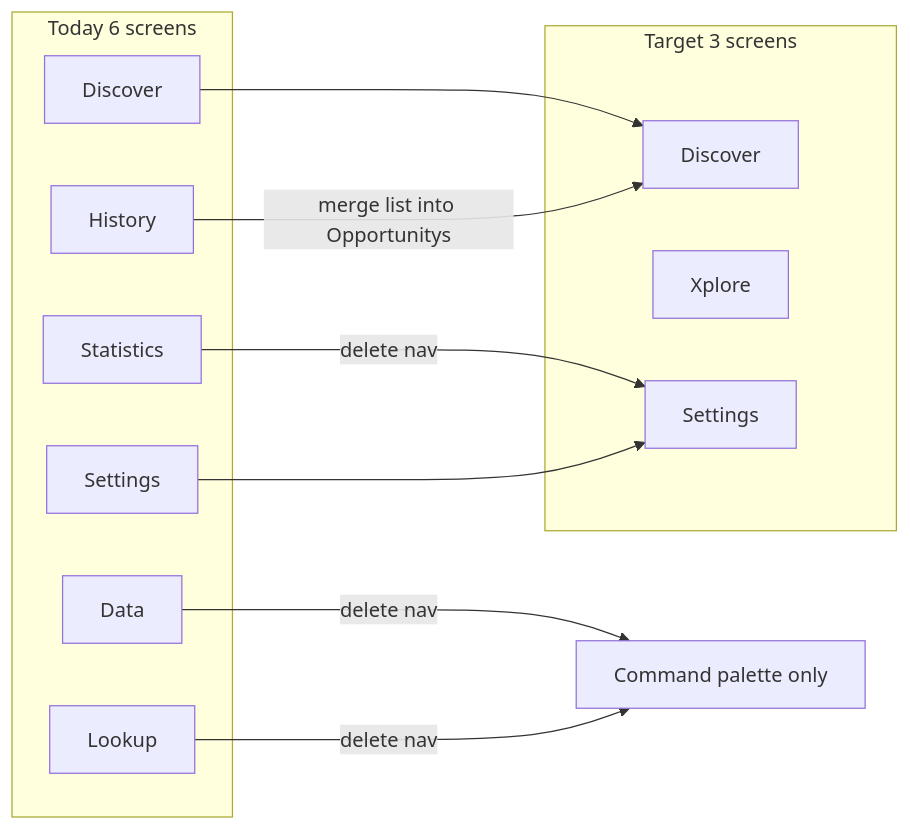
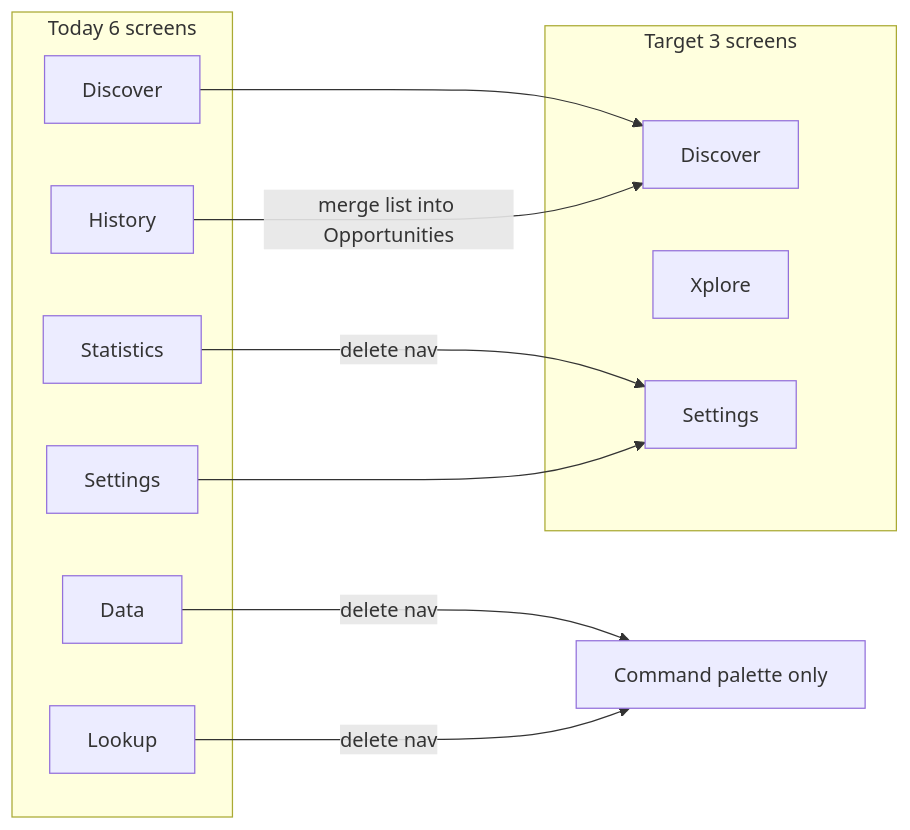
The seventh of 13 diagrams in reports/single-pr-intuitive-product.md (p10ns11y/collab-finder), drawn with Mermaid before and after one commit. The commit also changed other lines of this file and 11 other files, not shown here.

````diff
--- a/reports/single-pr-intuitive-product.md
+++ b/reports/single-pr-intuitive-product.md
@@ -234,22 +234,22 @@
 ```mermaid
 flowchart LR
   subgraph before["Today 6 screens"]
     b1[Discover]
     b2[Statistics]
     b3[History]
     b4[Data]
     b5[Lookup]
     b6[Settings]
   end
   subgraph after["Target 3 screens"]
     a1[Discover]
     a2[Xplore]
     a3[Settings]
   end
   b1 --> a1
   b2 -->|delete nav| a3
-  b3 -->|merge list into Opportunitys| a1
+  b3 -->|merge list into Opportunities| a1
   b4 -->|delete nav| pal[Command palette only]
   b5 -->|delete nav| pal
   b6 --> a3
 ```
````
